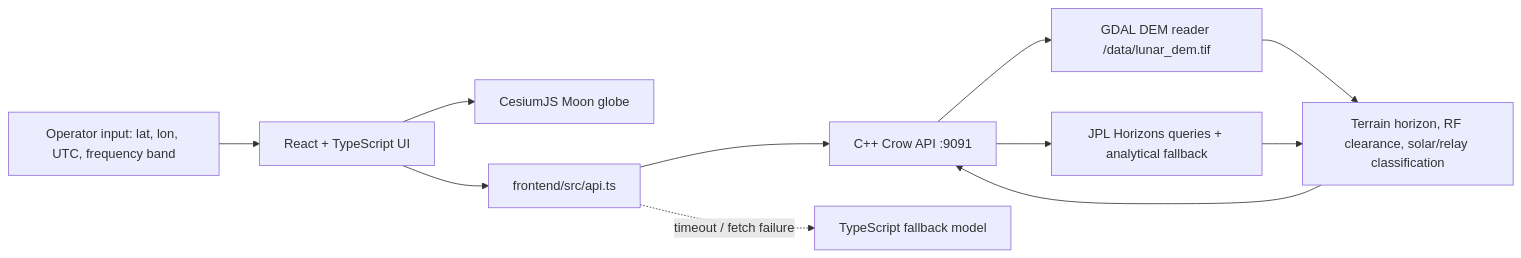
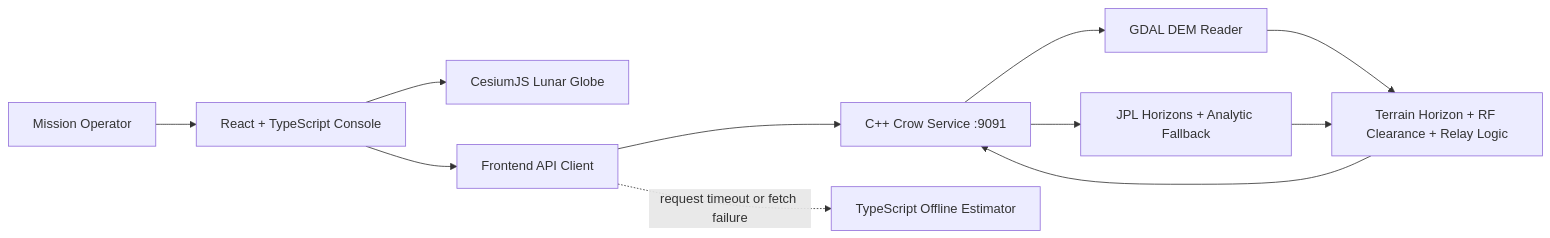
One commit to Agavrile/lunar-navigator changed the first of 2 diagrams in README.md. Above: the diagram before and after it, drawn with Mermaid. The commit also changed other lines of this file, not shown here.

Commit message:
Update README.md with a more polished NASA-style mission overview while preserving the verified repository architecture and constraints.

````diff
--- a/README.md
+++ b/README.md
@@ -21,13 +36,13 @@
 ```mermaid
 flowchart LR
-    U[Operator input: lat, lon, UTC, frequency band] --> UI[React + TypeScript UI]
-    UI --> G[CesiumJS Moon globe]
-    UI --> C[frontend/src/api.ts]
-    C --> API[C++ Crow API :9091]
-    API --> DEM[GDAL DEM reader /data/lunar_dem.tif]
-    API --> EPH[JPL Horizons queries + analytical fallback]
-    DEM --> ANALYSIS[Terrain horizon, RF clearance, solar/relay classification]
-    EPH --> ANALYSIS
-    ANALYSIS --> API
-    C -. timeout / fetch failure .-> FALLBACK[TypeScript fallback model]
+    M[Mission Operator] --> UI[React + TypeScript Console]
+    UI --> G[CesiumJS Lunar Globe]
+    UI --> C[Frontend API Client]
+    C --> API[C++ Crow Service :9091]
+    API --> DEM[GDAL DEM Reader]
+    API --> EPH[JPL Horizons + Analytic Fallback]
+    DEM --> A[Terrain Horizon + RF Clearance + Relay Logic]
+    EPH --> A
+    A --> API
+    C -. request timeout or fetch failure .-> F[TypeScript Offline Estimator]
 ```
````
